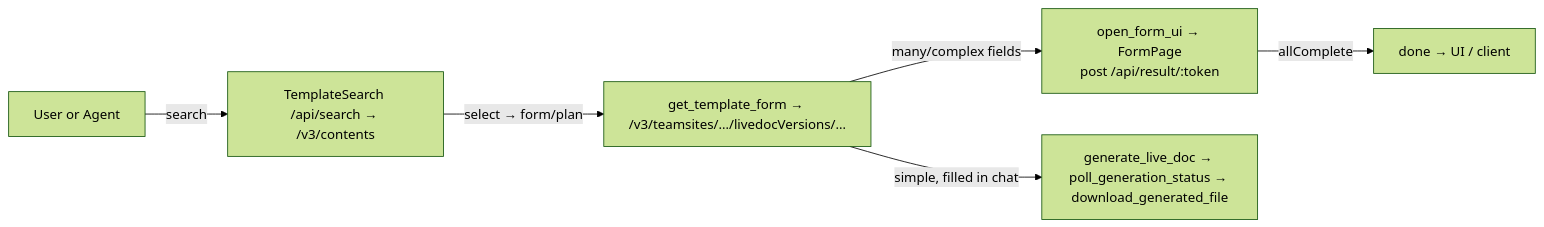
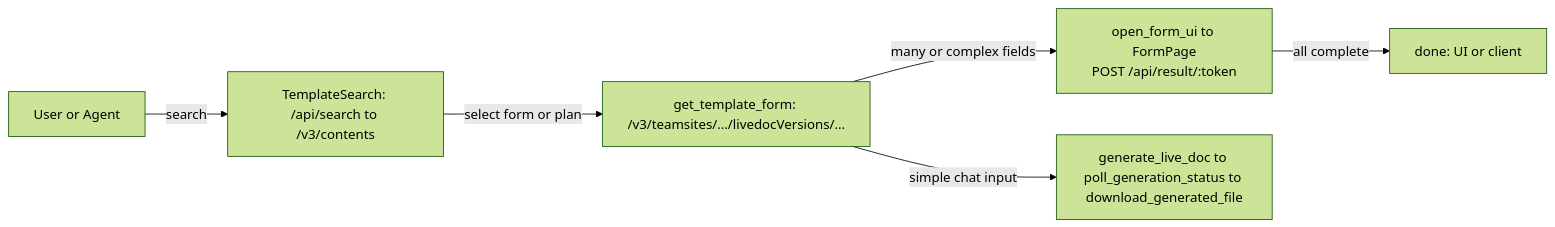
Before and after one commit to garyliu-seismic/livedoc-agent: the fifth of 5 diagrams in docs/architecture-high-level.md, drawn with Mermaid (forest theme). The commit also changed other lines of this file, not shown here.

Commit message:
Fix architecture document rendering

````diff
--- a/docs/architecture-high-level.md
+++ b/docs/architecture-high-level.md
@@ -160,8 +160,8 @@
 ```mermaid
 flowchart LR
-    U[User or Agent] -->|search | T[TemplateSearch /api/search → /v3/contents]
-    T -->|select → form/plan| TD[get_template_form → /v3/teamsites/…/livedocVersions/…]
-    TD -->|"many/complex fields"| OP[open_form_ui → FormPage<br/>post /api/result/:token]
-    OP -->|"allComplete"| F[done → UI / client]
-    TD -->|"simple, filled in chat"| AI[generate_live_doc → poll_generation_status → download_generated_file]
+    U["User or Agent"] -->|search| T["TemplateSearch: /api/search to /v3/contents"]
+    T -->|select form or plan| TD["get_template_form: /v3/teamsites/.../livedocVersions/..."]
+    TD -->|many or complex fields| OP["open_form_ui to FormPage<br/>POST /api/result/:token"]
+    OP -->|all complete| F["done: UI or client"]
+    TD -->|simple chat input| AI["generate_live_doc to poll_generation_status to download_generated_file"]
 ```
````
